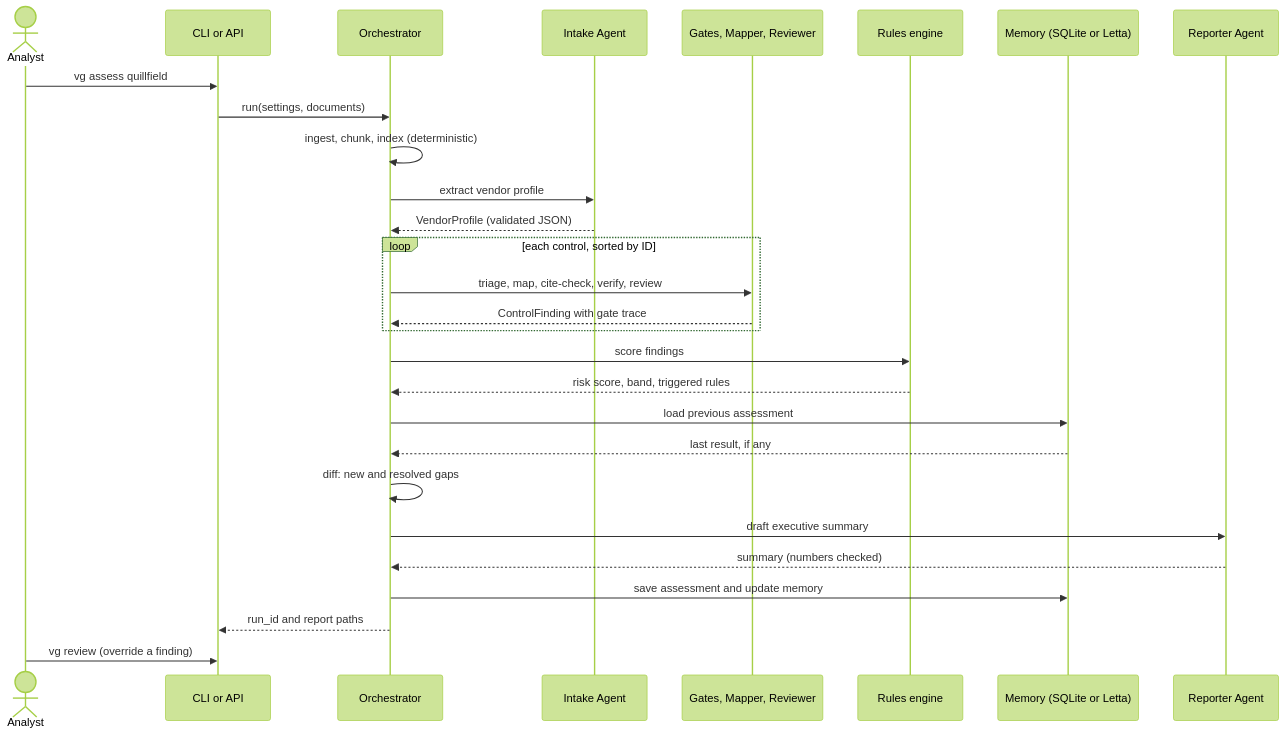
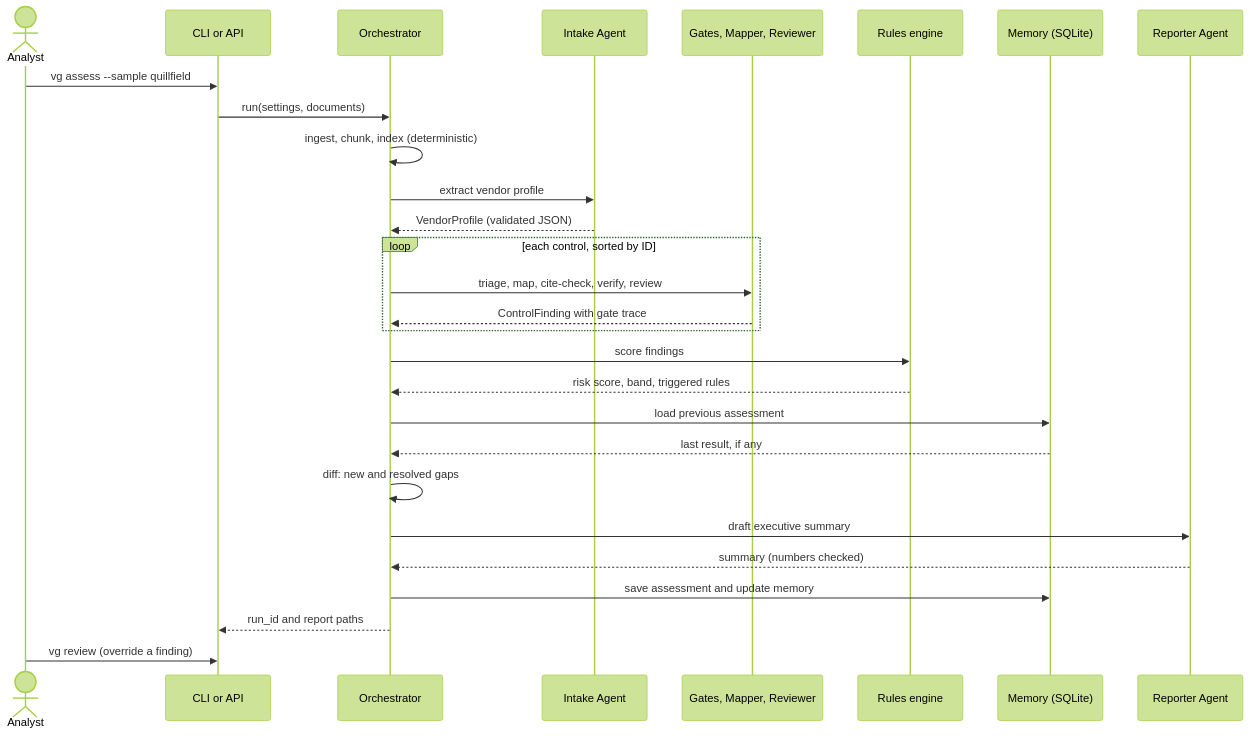
The third of 3 diagrams in README.md (himanshugoel9725/vendorguard-ai), drawn with Mermaid (forest theme) before and after one commit. The commit also changed other lines of this file and 4 other files, not shown here.

````diff
--- a/README.md
+++ b/README.md
@@ -134,30 +162,30 @@
 ```mermaid
 sequenceDiagram
     actor Analyst
     participant CLI as CLI or API
     participant O as Orchestrator
     participant I as Intake Agent
     participant G as Gates, Mapper, Reviewer
     participant E as Rules engine
-    participant M as Memory (SQLite or Letta)
+    participant M as Memory (SQLite)
     participant R as Reporter Agent
-    Analyst->>CLI: vg assess quillfield
+    Analyst->>CLI: vg assess --sample quillfield
     CLI->>O: run(settings, documents)
     O->>O: ingest, chunk, index (deterministic)
     O->>I: extract vendor profile
     I-->>O: VendorProfile (validated JSON)
     loop each control, sorted by ID
         O->>G: triage, map, cite-check, verify, review
         G-->>O: ControlFinding with gate trace
     end
     O->>E: score findings
     E-->>O: risk score, band, triggered rules
     O->>M: load previous assessment
     M-->>O: last result, if any
     O->>O: diff: new and resolved gaps
     O->>R: draft executive summary
     R-->>O: summary (numbers checked)
     O->>M: save assessment and update memory
     O-->>CLI: run_id and report paths
     Analyst->>CLI: vg review (override a finding)
 ```
````
